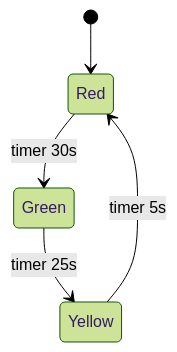
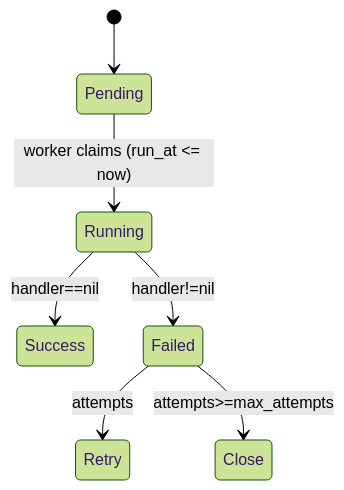
One commit to CL0UD6LOCK/kiln changed the diagram in README.md. Above: the diagram before and after it, drawn with Mermaid (forest theme).

````diff
--- a/README.md
+++ b/README.md
@@ -29,7 +29,9 @@
 ```mermaid
 stateDiagram-v2
-    [*] --> Red
-    Red --> Green: timer 30s
-    Green --> Yellow: timer 25s
-    Yellow --> Red: timer 5s
+    [*] --> Pending
+    Pending --> Running: worker claims (run_at <= now)
+    Running --> Success: handler==nil
+    Running --> Failed: handler!=nil
+    Failed --> Retry: attempts<max_attempts
+    Failed --> Close: attempts>=max_attempts
 ```
````
